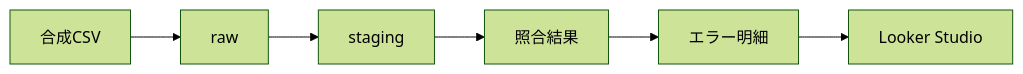
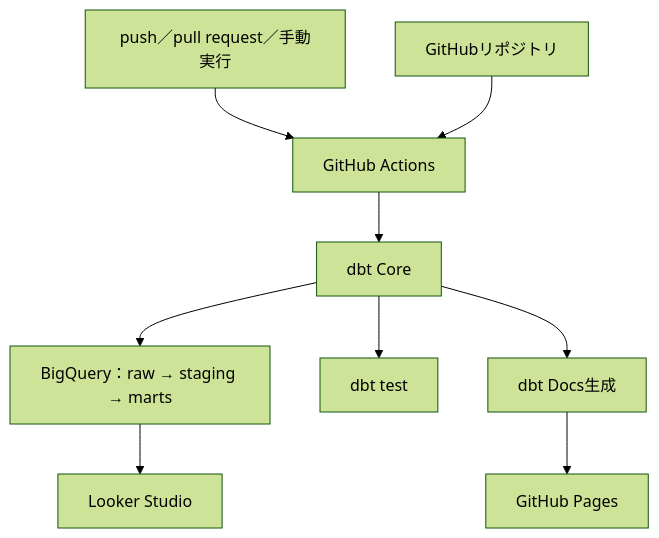
One commit to Naohide-Sugita/payment-reconciliation-data-mart changed the diagram in docs/implementation-design.md. Above: the diagram before and after it, drawn with Mermaid (forest theme). The commit also changed other lines of this file and 3 other files, not shown here.

````diff
--- a/docs/implementation-design.md
+++ b/docs/implementation-design.md
@@ -13,15 +13,11 @@
 ```mermaid
-flowchart LR
-    CSV["合成CSV"]
-    RAW["raw"]
-    STG["staging"]
-    REC["照合結果"]
-    ERR["エラー明細"]
-    BI["Looker Studio"]
-
-    CSV --> RAW
-    RAW --> STG
-    STG --> REC
-    REC --> ERR
-    ERR --> BI
+flowchart TD
+    TRIGGER["push／pull request／手動実行"] --> GHA["GitHub Actions"]
+    REPO["GitHubリポジトリ"] --> GHA
+    GHA --> DBT["dbt Core"]
+    DBT --> BQ["BigQuery：raw → staging → marts"]
+    DBT --> TEST["dbt test"]
+    DBT --> DOCS["dbt Docs生成"]
+    BQ --> BI["Looker Studio"]
+    DOCS --> PAGES["GitHub Pages"]
 ```
````
